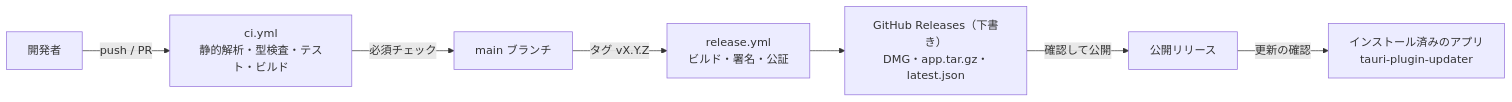
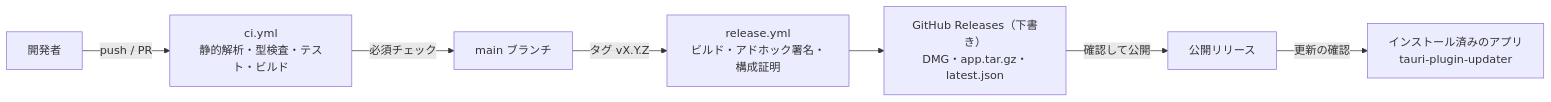
One commit to Sh1gekicks/s3driveapp changed the diagram in docs/design/08-cicd.md. Above: the diagram before and after it, drawn with Mermaid. The commit also changed other lines of this file and 9 other files, not shown here.

````diff
--- a/docs/design/08-cicd.md
+++ b/docs/design/08-cicd.md
@@ -7,9 +9,9 @@
 ```mermaid
 flowchart LR
   dev["開発者"] -- "push / PR" --> ci["ci.yml<br/>静的解析・型検査・テスト・ビルド"]
   ci -- "必須チェック" --> main["main ブランチ"]
-  main -- "タグ vX.Y.Z" --> rel["release.yml<br/>ビルド・署名・公証"]
+  main -- "タグ vX.Y.Z" --> rel["release.yml<br/>ビルド・アドホック署名・構成証明"]
   rel --> gh["GitHub Releases（下書き）<br/>DMG・app.tar.gz・latest.json"]
   gh -- "確認して公開" --> pub["公開リリース"]
   pub -- "更新の確認" --> app["インストール済みのアプリ<br/>tauri-plugin-updater"]
 ```
````
